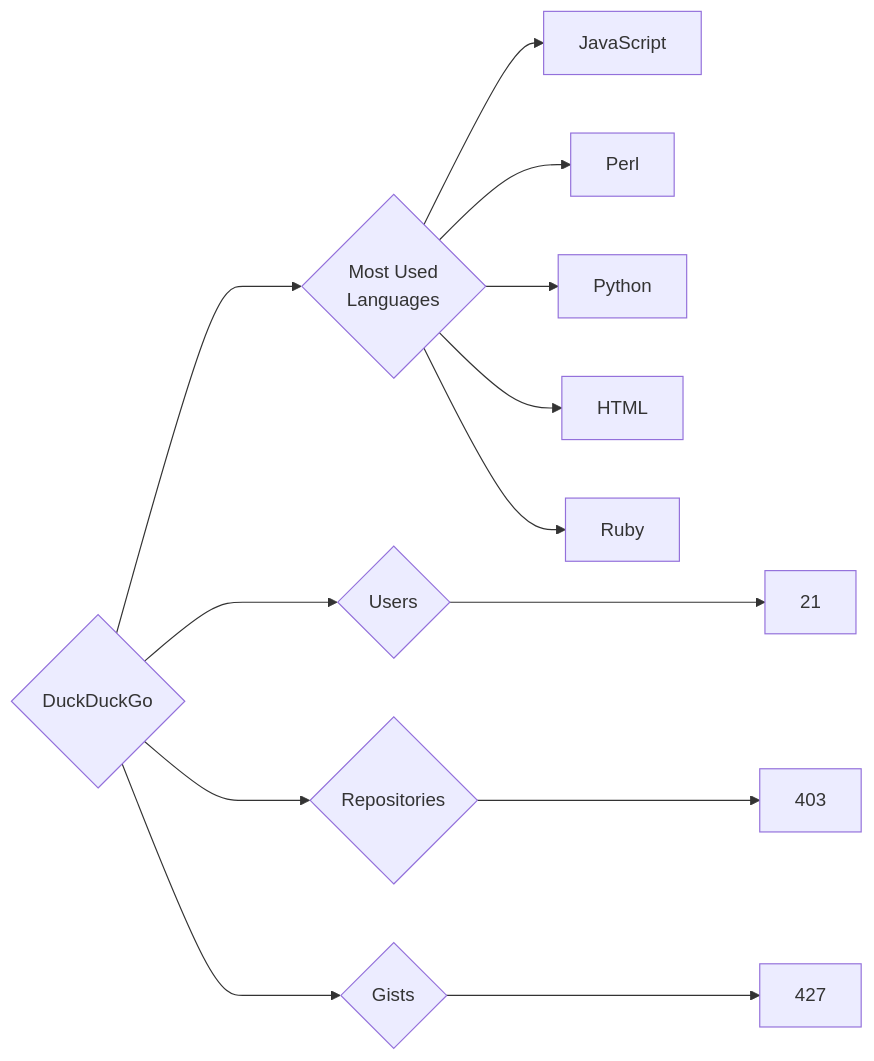
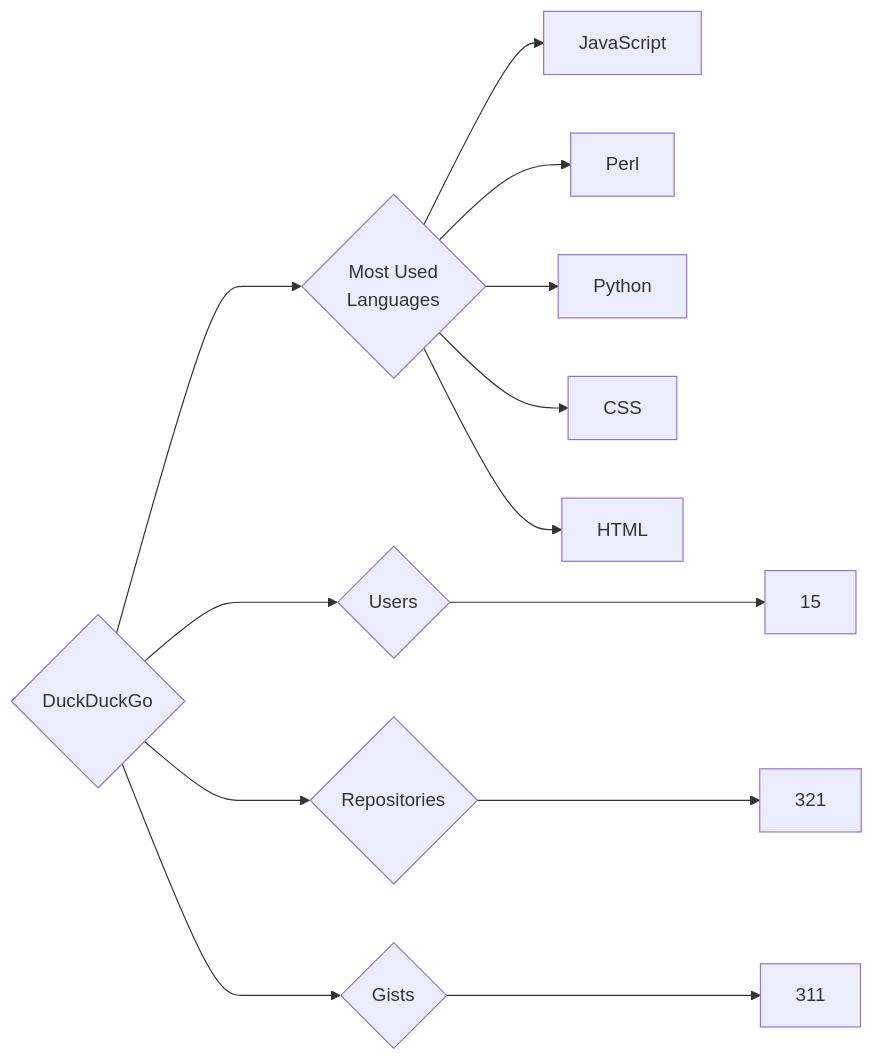
Before and after one commit to trickest/insiders: the diagram in targets/DuckDuckGo/README.md, drawn with Mermaid. The commit also changed 860 other files, not shown here.

````diff
--- a/targets/DuckDuckGo/README.md
+++ b/targets/DuckDuckGo/README.md
@@ -3,13 +3,13 @@
 ```mermaid
 graph LR
 COMPANY_NAME{DuckDuckGo}
-COMPANY_NAME ---> U{Users} ---> UN[21]
-COMPANY_NAME ---> R{Repositories} ---> RN[403]
-COMPANY_NAME ---> G{Gists} ---> GN[427]
+COMPANY_NAME ---> U{Users} ---> UN[15]
+COMPANY_NAME ---> R{Repositories} ---> RN[321]
+COMPANY_NAME ---> G{Gists} ---> GN[311]
 COMPANY_NAME ---> ML{Most Used<br>Languages}
 ML --> JavaScript[JavaScript]
 ML --> Perl[Perl]
 ML --> Python[Python]
+ML --> CSS[CSS]
 ML --> HTML[HTML]
-ML --> Ruby[Ruby]
 ```
````
